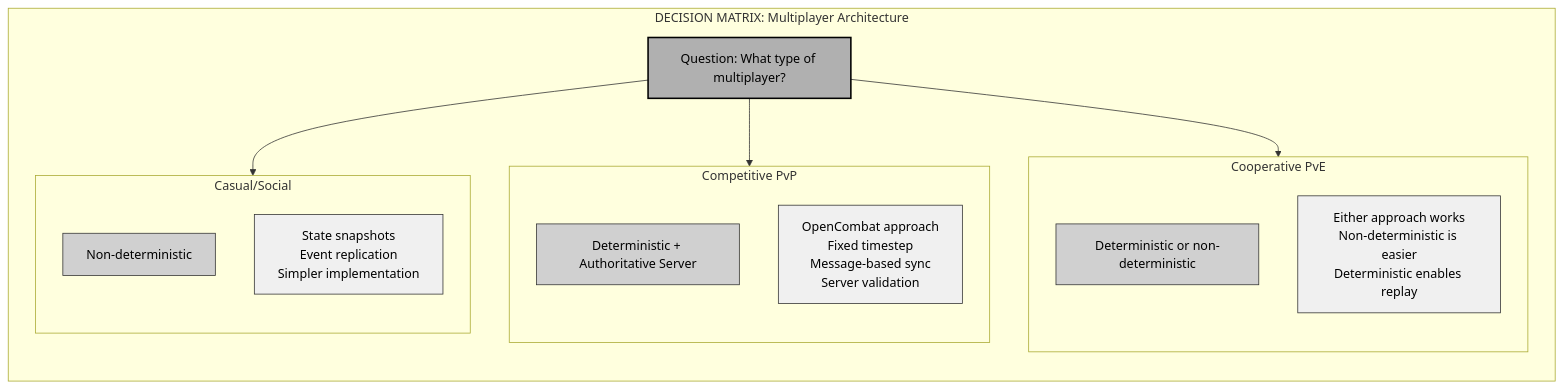
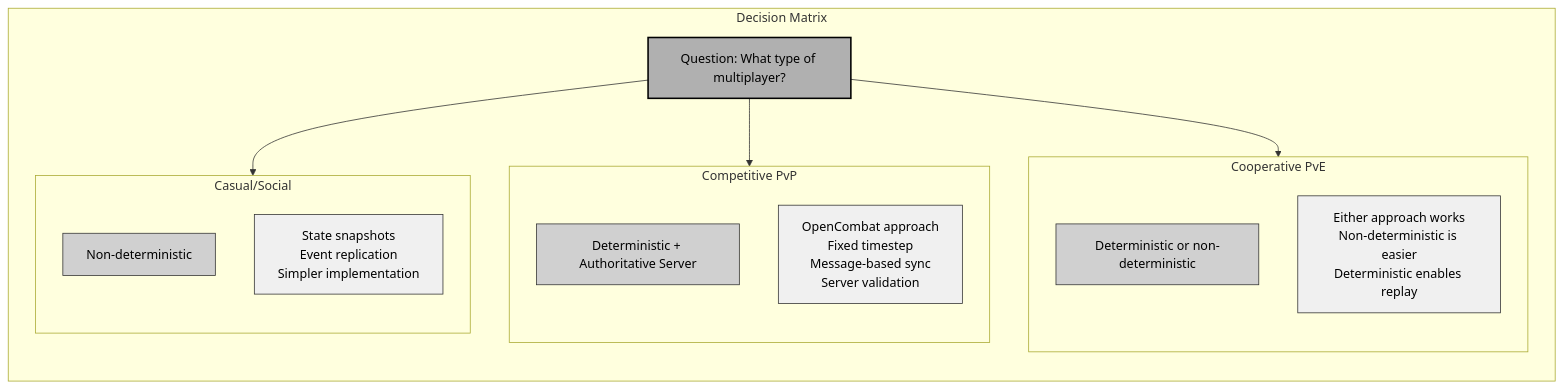
One commit to jukofyork/close-combat-architecture-study changed the fifth of 7 diagrams in chapter_15_multiplayer.md. Above: the diagram before and after it, drawn with Mermaid. The commit also changed other lines of this file and 5 other files, not shown here.

````diff
--- a/chapter_15_multiplayer.md
+++ b/chapter_15_multiplayer.md
@@ -1238,39 +1238,39 @@
 ```mermaid
 flowchart TD
     classDef default fill:#fff,stroke:#000,stroke-width:1px,color:#000
     classDef light fill:#f0f0f0,stroke:#333,stroke-width:1px,color:#000
     classDef medium fill:#d0d0d0,stroke:#333,stroke-width:1px,color:#000
     classDef dark fill:#b0b0b0,stroke:#000,stroke-width:2px,color:#000
 
-    subgraph Decision["DECISION MATRIX: Multiplayer Architecture"]
+    subgraph Decision["Decision Matrix"]
         direction TB
 
         Q["Question: What type of multiplayer?"]
 
         subgraph Competitive["Competitive PvP"]
             direction TB
             Comp1["Deterministic + Authoritative Server"]
             Comp2["OpenCombat approach\nFixed timestep\nMessage-based sync\nServer validation"]
         end
 
         subgraph Cooperative["Cooperative PvE"]
             direction TB
             Coop1["Deterministic or non-deterministic"]
             Coop2["Either approach works\nNon-deterministic is easier\nDeterministic enables replay"]
         end
 
         subgraph Casual["Casual/Social"]
             direction TB
             Cas1["Non-deterministic"]
             Cas2["State snapshots\nEvent replication\nSimpler implementation"]
         end
 
         Q --> Competitive
         Q --> Cooperative
         Q --> Casual
     end
 
     class Q dark
     class Comp1,Coop1,Cas1 medium
     class Comp2,Coop2,Cas2 light
 ```
````
